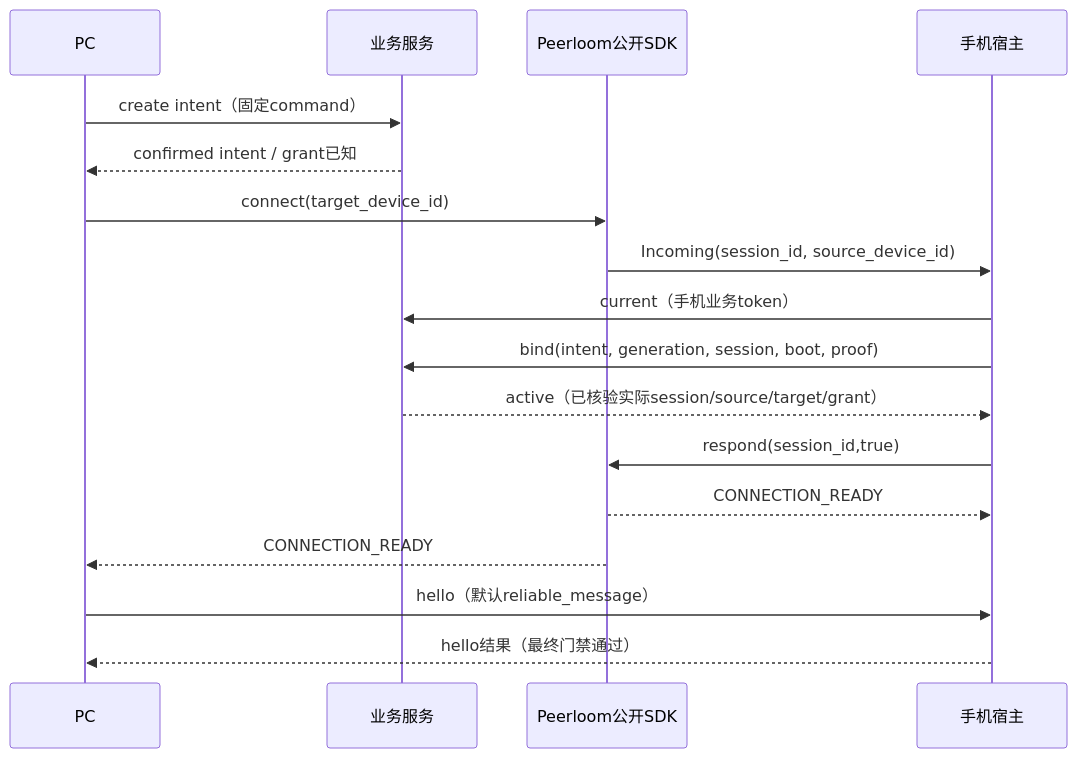
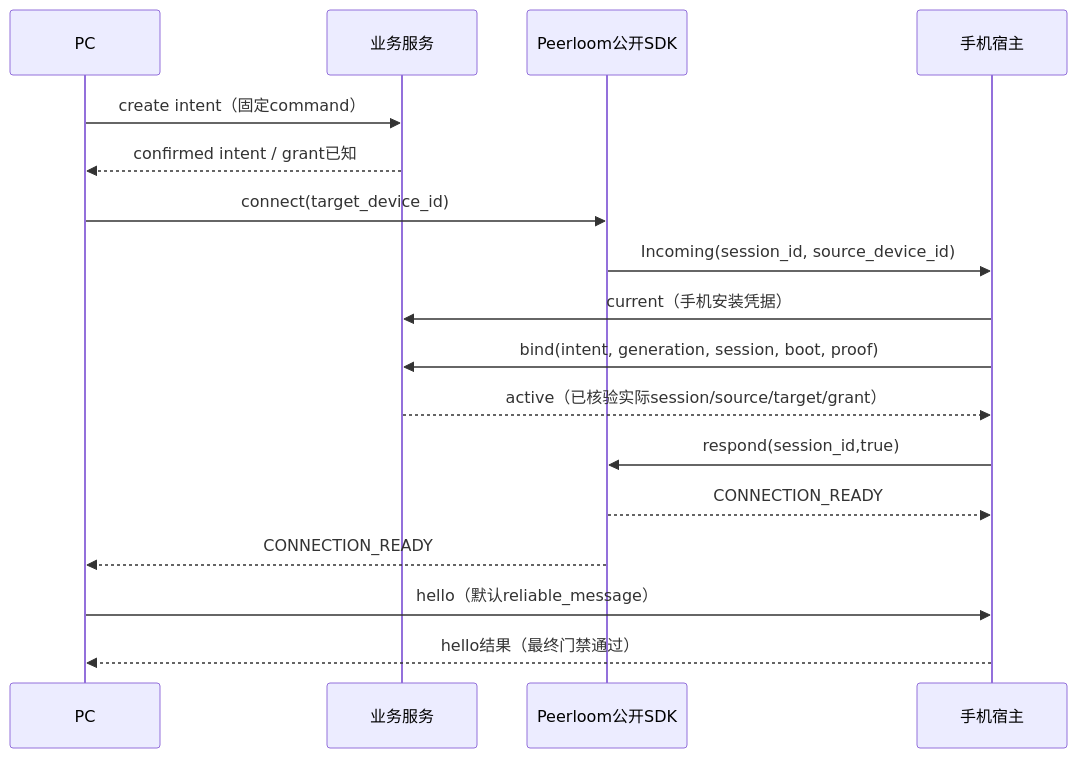
Before and after one commit to barry-ran/quick-mirror-service: the diagram in docs/接口与状态契约.md, drawn with Mermaid. The commit also changed other lines of this file, not shown here.

````diff
--- a/docs/接口与状态契约.md
+++ b/docs/接口与状态契约.md
@@ -100,19 +93,19 @@
 ```mermaid
 sequenceDiagram
     participant PC
     participant HTTP as 业务服务
     participant SDK as Peerloom公开SDK
     participant Phone as 手机宿主
     PC->>HTTP: create intent（固定command）
     HTTP-->>PC: confirmed intent / grant已知
     PC->>SDK: connect(target_device_id)
     SDK->>Phone: Incoming(session_id, source_device_id)
-    Phone->>HTTP: current（手机业务token）
+    Phone->>HTTP: current（手机安装凭据）
     Phone->>HTTP: bind(intent, generation, session, boot, proof)
     HTTP-->>Phone: active（已核验实际session/source/target/grant）
     Phone->>SDK: respond(session_id,true)
     SDK-->>Phone: CONNECTION_READY
     SDK-->>PC: CONNECTION_READY
     PC->>Phone: hello（默认reliable_message）
     Phone-->>PC: hello结果（最终门禁通过）
 ```
````
